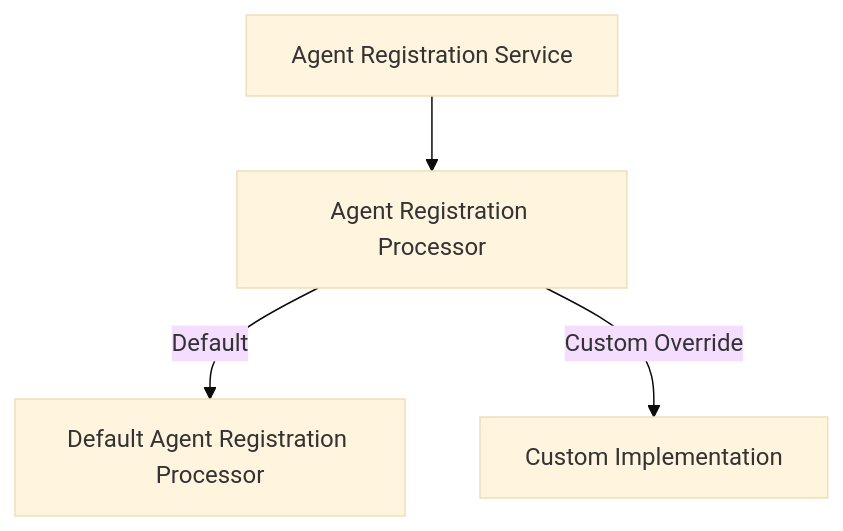
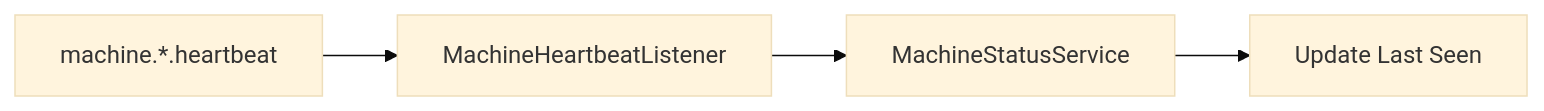
One commit to Praesto-Pro/openframe-oss-tenant changed the third of 7 diagrams in docs/architecture/client-service-core/client-service-core.md. Above: the diagram before and after it, drawn with Mermaid (base theme). The commit also changed other lines of this file and 214 other files, not shown here.

````diff
--- a/docs/architecture/client-service-core/client-service-core.md
+++ b/docs/architecture/client-service-core/client-service-core.md
@@ -128,6 +160,6 @@
 ```mermaid
-flowchart TD
-    RegistrationService["Agent Registration Service"] --> Processor["Agent Registration Processor"]
-    Processor -->|"Default"| DefaultProcessor["Default Agent Registration Processor"]
-    Processor -->|"Custom Override"| CustomProcessor["Custom Implementation"]
+flowchart LR
+    NatsHB["machine.*.heartbeat"] --> Listener["MachineHeartbeatListener"]
+    Listener --> StatusService["MachineStatusService"]
+    StatusService --> Online["Update Last Seen"]
 ```
````
